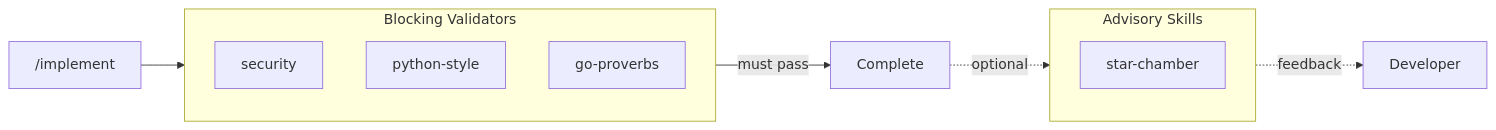
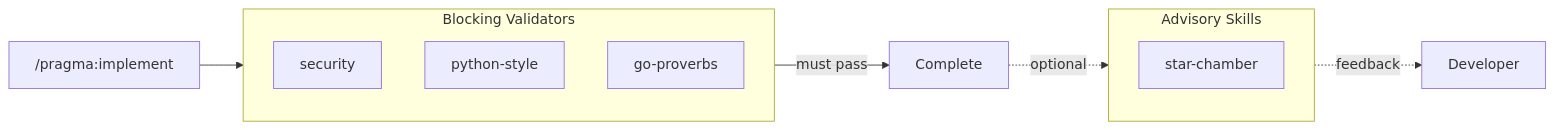
One commit to peteski22/claude-pragma changed the ninth of 9 diagrams in ARCHITECTURE.md. Above: the diagram before and after it, drawn with Mermaid. The commit also changed other lines of this file and 77 other files, not shown here.

````diff
--- a/ARCHITECTURE.md
+++ b/ARCHITECTURE.md
@@ -652,18 +652,18 @@
 ```mermaid
 flowchart LR
     subgraph Validators["Blocking Validators"]
         V1[security]
         V2[python-style]
         V3[go-proverbs]
     end
 
     subgraph Advisory["Advisory Skills"]
         A1[star-chamber]
     end
 
-    Impl["/implement"] --> Validators
+    Impl["/pragma:implement"] --> Validators
     Validators -->|"must pass"| Complete[Complete]
 
     Complete -.->|"optional"| Advisory
     Advisory -.->|"feedback"| Developer
 ```
````
